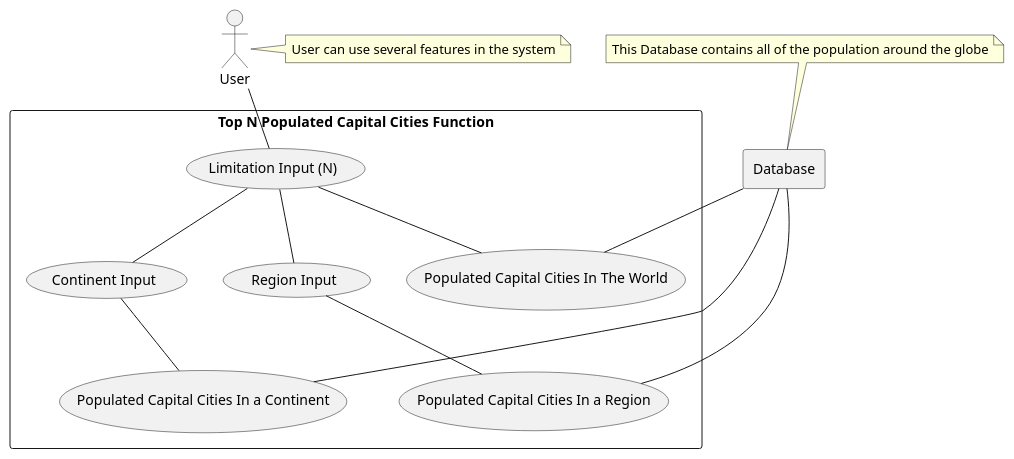
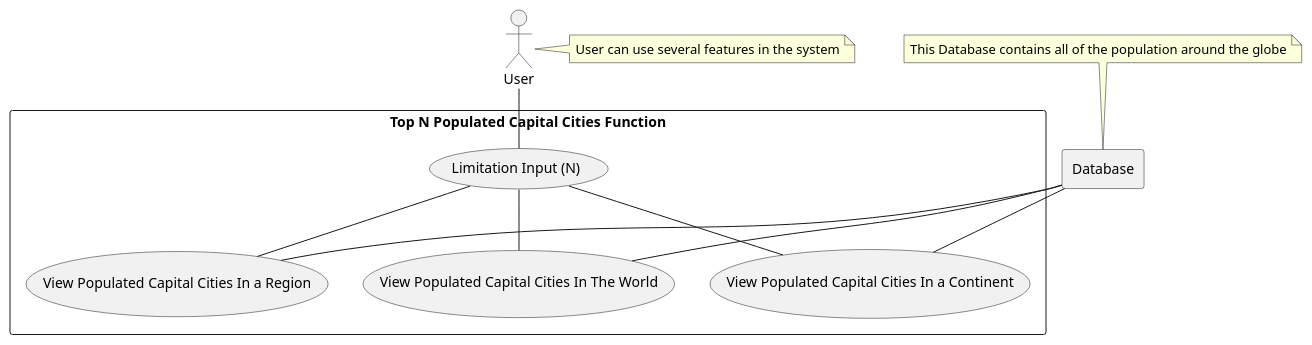
One commit to 40437404/DevOps_SET09623 changed the diagram in use-cases/TopNPopulatedCapitalCitiesFunction.puml. Above: the diagram before and after it, drawn with PlantUML. The commit also changed 9 other files, not shown here.

Commit message:
UseCase Diagrams Updated

```diff
--- a/use-cases/TopNPopulatedCapitalCitiesFunction.puml
+++ b/use-cases/TopNPopulatedCapitalCitiesFunction.puml
@@ -1,24 +1,21 @@
 @startuml
 actor user as "User"
 note right of user: User can use several features in the system
 rectangle db as "Database"
 note top of db: This Database contains all of the population around the globe
 rectangle "Top N Populated Capital Cities Function"{
     usecase input as "Limitation Input (N)"
-    usecase continent as "Continent Input"
-    usecase region as "Region Input"
-    usecase PC1 as "Populated Capital Cities In The World"
-    usecase PC2 as "Populated Capital Cities In a Continent"
-    usecase PC3 as "Populated Capital Cities In a Region"
+    usecase PC1 as "View Populated Capital Cities In The World"
+    usecase PC2 as "View Populated Capital Cities In a Continent"
+    usecase PC3 as "View Populated Capital Cities In a Region"
     db -- PC1
     db -- PC2
     db -- PC3
 }
 user -- input
 input -- PC1
-input -- continent
-input -- region
-continent -- PC2
-region -- PC3
+input -- PC2
+input -- PC3
+
 
 @enduml
```
